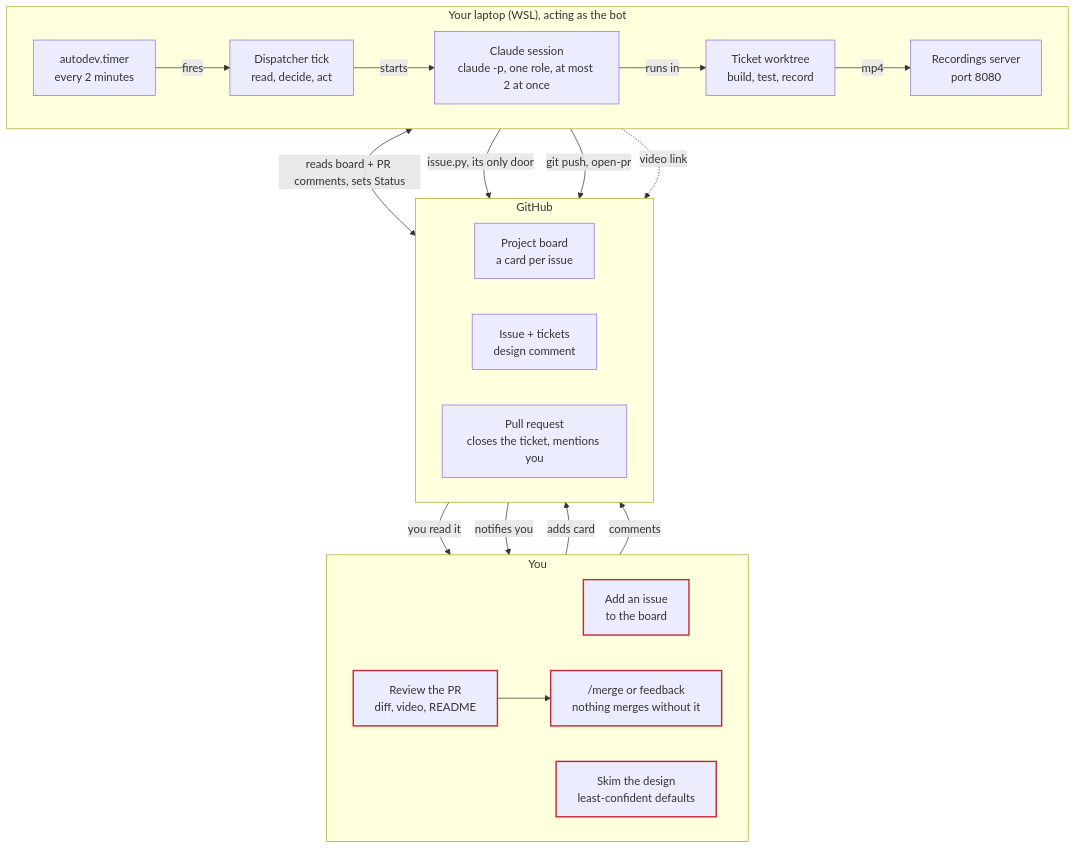
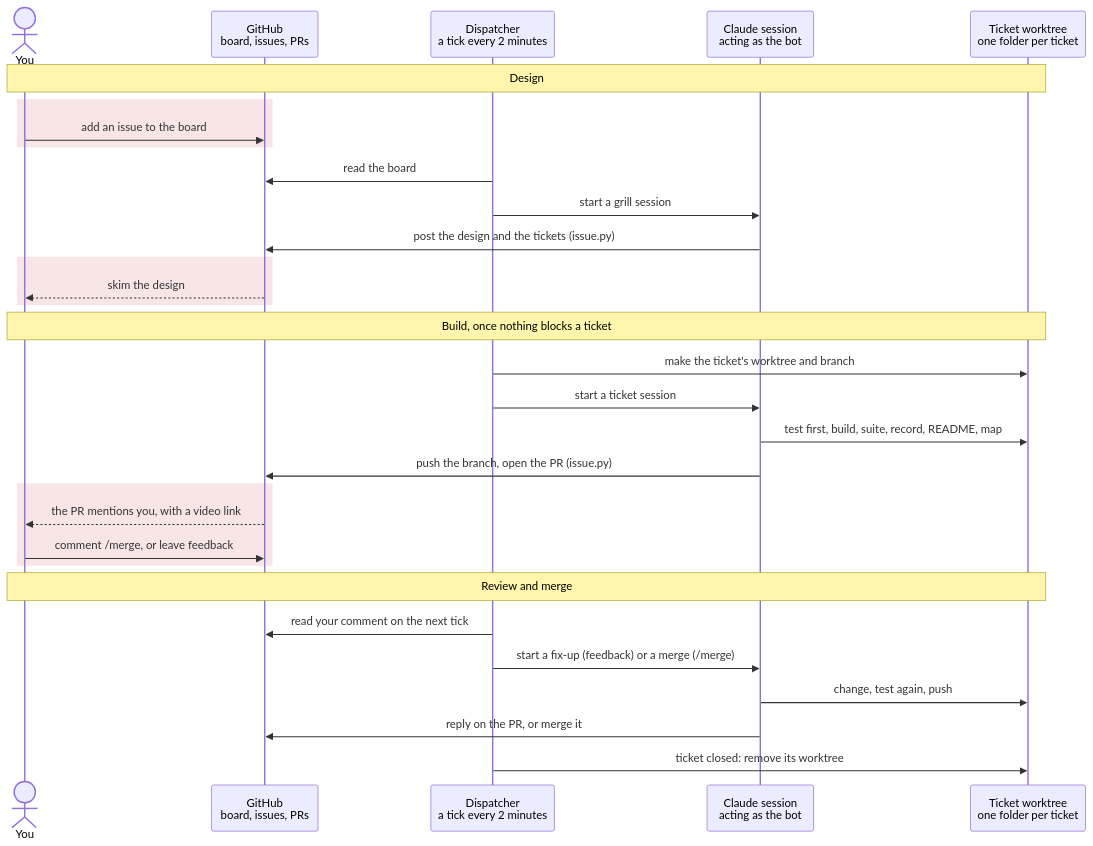
Before and after one commit to MinimalEffort07/pokefirered: the first of 3 diagrams in docs/SYSTEM_MAP.md, drawn with Mermaid. The commit also changed other lines of this file and 6 other files, not shown here.

````diff
--- a/docs/SYSTEM_MAP.md
+++ b/docs/SYSTEM_MAP.md
@@ -20,39 +20,33 @@
 ```mermaid
-flowchart TB
-  subgraph you["You"]
-    direction LR
-    Y1["Add an issue<br/>to the board"]
-    Y2["Skim the design<br/>least-confident defaults"]
-    Y3["Review the PR<br/>diff, video, README"]
-    Y4["/merge or feedback<br/>nothing merges without it"]
+sequenceDiagram
+  actor You
+  participant GH as GitHub<br/>board, issues, PRs
+  participant D as Dispatcher<br/>a tick every 2 minutes
+  participant S as Claude session<br/>acting as the bot
+  participant W as Ticket worktree<br/>one folder per ticket
+  Note over You,W: Design
+  rect rgba(194, 42, 53, 0.12)
+    You->>GH: add an issue to the board
   end
-  subgraph gh["GitHub"]
-    direction LR
-    G1["Project board<br/>a card per issue"]
-    G2["Issue + tickets<br/>design comment"]
-    G3["Pull request<br/>closes the ticket, mentions you"]
+  D->>GH: read the board
+  D->>S: start a grill session
+  S->>GH: post the design and the tickets (issue.py)
+  rect rgba(194, 42, 53, 0.12)
+    GH-->>You: skim the design
   end
-  subgraph laptop["Your laptop (WSL), acting as the bot"]
-    direction LR
-    A["autodev.timer<br/>every 2 minutes"]
-    B["Dispatcher tick<br/>read, decide, act"]
-    C["Claude session<br/>claude -p, one role, at most 2 at once"]
-    D["Ticket worktree<br/>build, test, record"]
-    E["Recordings server<br/>port 8080"]
+  Note over You,W: Build, once nothing blocks a ticket
+  D->>W: make the ticket's worktree and branch
+  D->>S: start a ticket session
+  S->>W: test first, build, suite, record, README, map
+  S->>GH: push the branch, open the PR (issue.py)
+  rect rgba(194, 42, 53, 0.12)
+    GH-->>You: the PR mentions you, with a video link
+    You->>GH: comment /merge, or leave feedback
   end
-  Y1 -->|adds card| G1
-  A -->|fires| B
-  B <-->|"reads board + PR comments, sets Status"| G1
-  B -->|starts| C
-  C -->|"issue.py, its only door"| G2
-  C -->|runs in| D
-  D -->|"git push, open-pr"| G3
-  D -->|mp4| E
-  E -.->|video link| G3
-  G2 -->|you read it| Y2
-  G3 -->|notifies you| Y3
-  Y3 --> Y4
-  Y4 -->|comments| G3
-  classDef owner stroke:#c22a35,stroke-width:2px
-  class Y1,Y2,Y3,Y4 owner
+  Note over You,W: Review and merge
+  D->>GH: read your comment on the next tick
+  D->>S: start a fix-up (feedback) or a merge (/merge)
+  S->>W: change, test again, push
+  S->>GH: reply on the PR, or merge it
+  D->>W: ticket closed: remove its worktree
 ```
````
